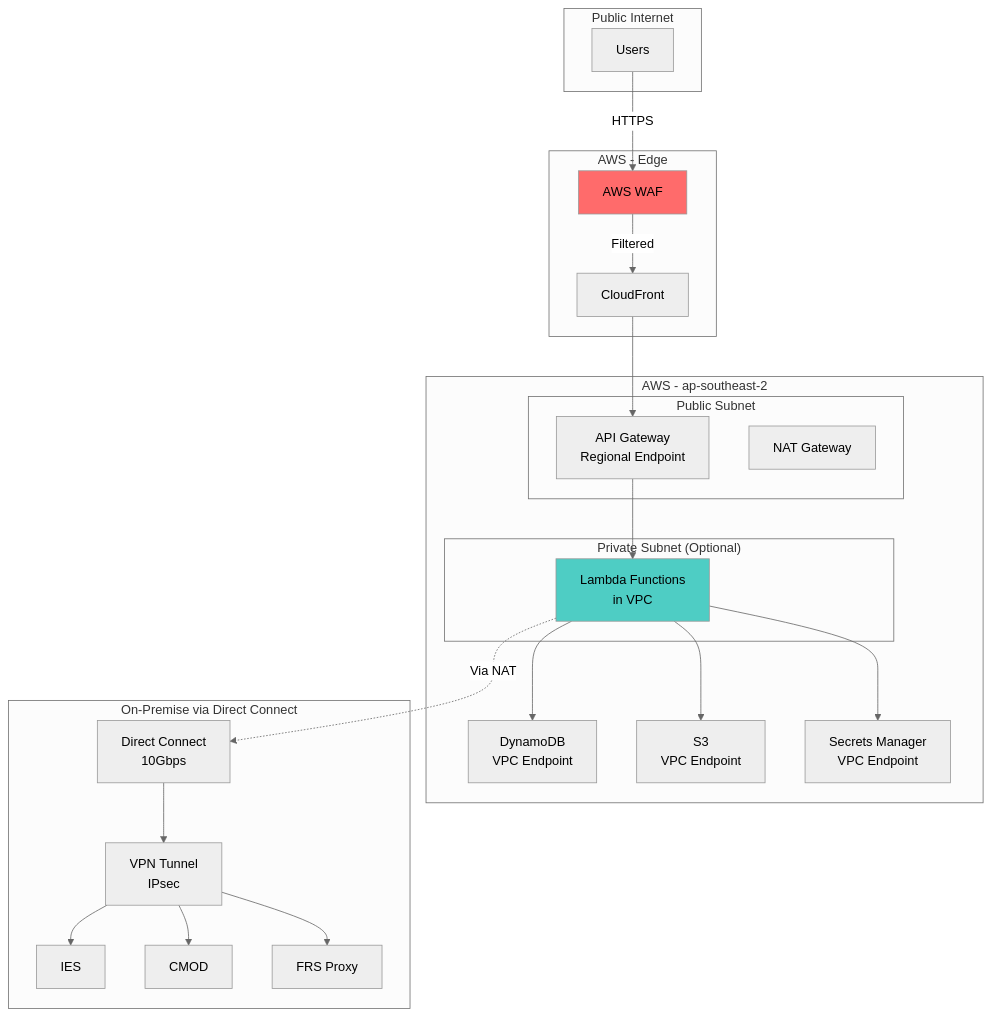
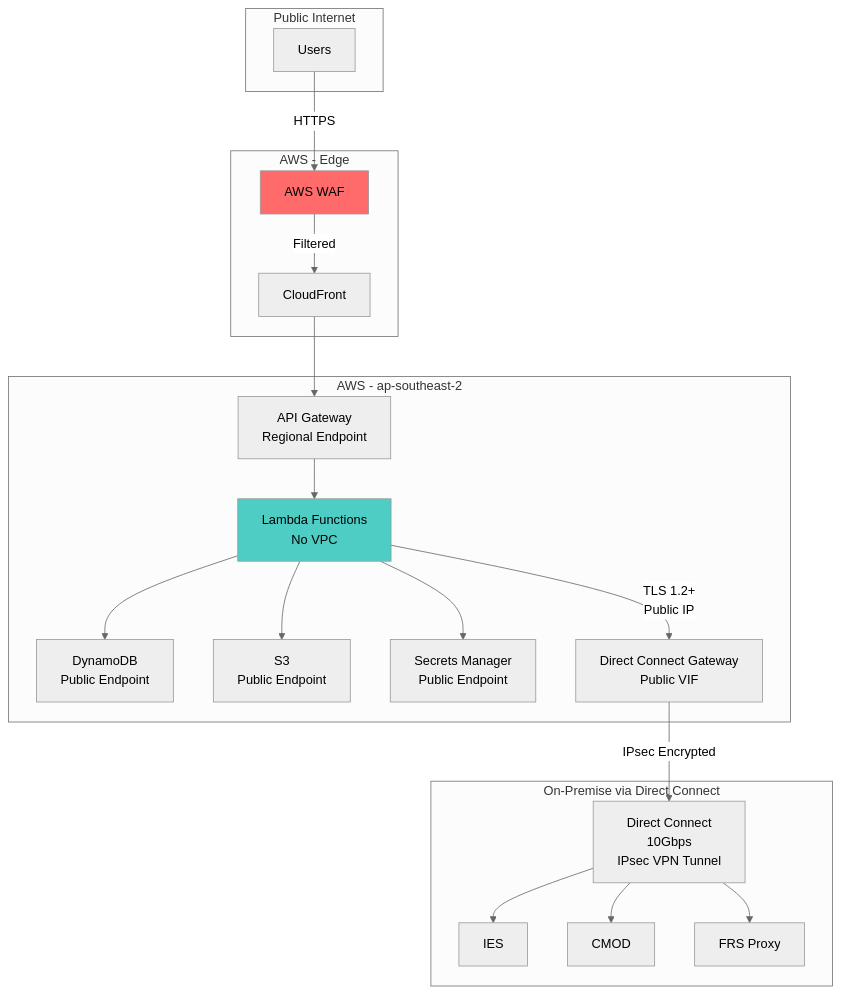
One commit to onesphereai/viewdocs-cloud changed the second of 2 diagrams in docs/architecture/05-security-architecture.md. Above: the diagram before and after it, drawn with Mermaid (neutral theme). The commit also changed other lines of this file and 5 other files, not shown here.

First line of the commit message:
Adopt non-VPC architecture across all documentation (ADR-012)

````diff
--- a/docs/architecture/05-security-architecture.md
+++ b/docs/architecture/05-security-architecture.md
@@ -303,51 +302,44 @@
 ```mermaid
 graph TB
     subgraph "Public Internet"
         User[Users]
     end
 
     subgraph "AWS - Edge"
         CF[CloudFront]
         WAF[AWS WAF]
     end
 
     subgraph "AWS - ap-southeast-2"
-        subgraph "Public Subnet"
-            APIGW[API Gateway<br/>Regional Endpoint]
-            NAT[NAT Gateway]
-        end
-
-        subgraph "Private Subnet (Optional)"
-            Lambda[Lambda Functions<br/>in VPC]
-        end
-
-        DDB[DynamoDB<br/>VPC Endpoint]
-        S3[S3<br/>VPC Endpoint]
-        Secrets[Secrets Manager<br/>VPC Endpoint]
+        APIGW[API Gateway<br/>Regional Endpoint]
+        Lambda[Lambda Functions<br/>No VPC]
+        DDB[DynamoDB<br/>Public Endpoint]
+        S3[S3<br/>Public Endpoint]
+        Secrets[Secrets Manager<br/>Public Endpoint]
+        DXGateway[Direct Connect Gateway<br/>Public VIF]
     end
 
     subgraph "On-Premise via Direct Connect"
-        DX[Direct Connect<br/>10Gbps]
-        VPN[VPN Tunnel<br/>IPsec]
+        DX[Direct Connect<br/>10Gbps<br/>IPsec VPN Tunnel]
         IES[IES]
         CMOD[CMOD]
         FRS[FRS Proxy]
     end
 
     User -->|HTTPS| WAF
     WAF -->|Filtered| CF
     CF --> APIGW
     APIGW --> Lambda
     Lambda --> DDB
     Lambda --> S3
     Lambda --> Secrets
 
-    Lambda -.->|Via NAT| DX
-    DX --> VPN
-    VPN --> IES
-    VPN --> CMOD
-    VPN --> FRS
+    Lambda -->|TLS 1.2+<br/>Public IP| DXGateway
+    DXGateway -->|IPsec Encrypted| DX
+    DX --> IES
+    DX --> CMOD
+    DX --> FRS
 
     style WAF fill:#FF6B6B
     style Lambda fill:#4ECDC4
 ```
````
